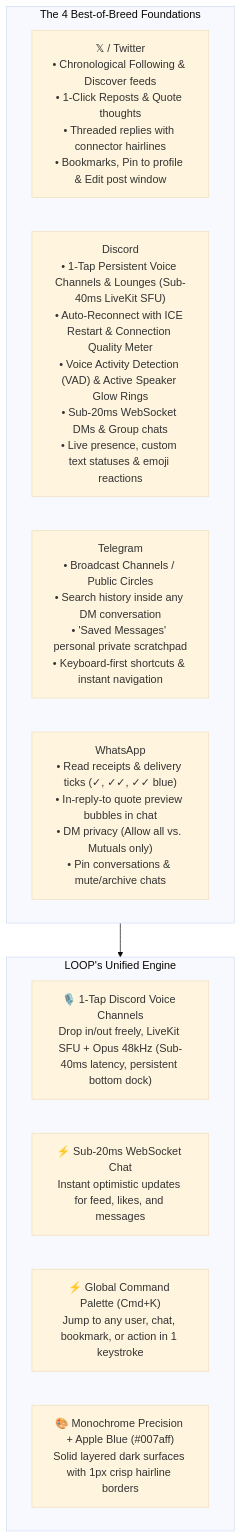
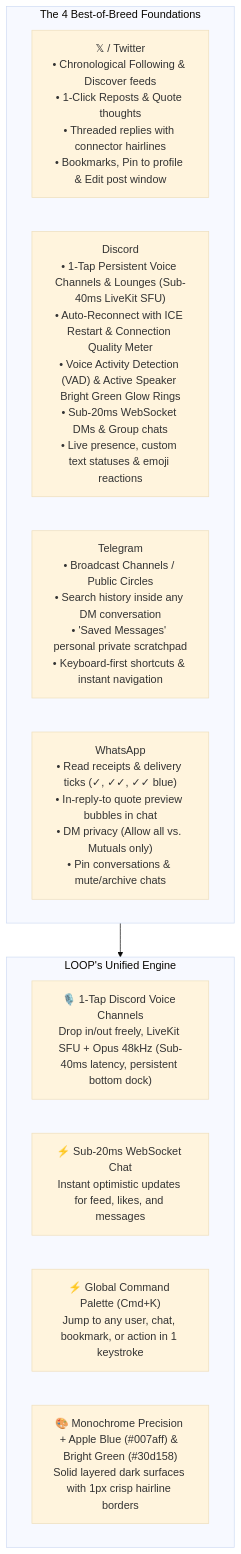
The first of 3 diagrams in plan.md (vineetkishore01/Loop), drawn with Mermaid (base theme) before and after one commit. The commit also changed other lines of this file, not shown here.

Commit message:
design: update semantic color system with Apple Blue and Bright Green

````diff
--- a/plan.md
+++ b/plan.md
@@ -9,18 +9,18 @@
 ```mermaid
 flowchart TD
     subgraph Giants ["The 4 Best-of-Breed Foundations"]
         X["𝕏 / Twitter\n• Chronological Following & Discover feeds\n• 1-Click Reposts & Quote thoughts\n• Threaded replies with connector hairlines\n• Bookmarks, Pin to profile & Edit post window"]
-        Discord["Discord\n• 1-Tap Persistent Voice Channels & Lounges (Sub-40ms LiveKit SFU)\n• Auto-Reconnect with ICE Restart & Connection Quality Meter\n• Voice Activity Detection (VAD) & Active Speaker Glow Rings\n• Sub-20ms WebSocket DMs & Group chats\n• Live presence, custom text statuses & emoji reactions"]
+        Discord["Discord\n• 1-Tap Persistent Voice Channels & Lounges (Sub-40ms LiveKit SFU)\n• Auto-Reconnect with ICE Restart & Connection Quality Meter\n• Voice Activity Detection (VAD) & Active Speaker Bright Green Glow Rings\n• Sub-20ms WebSocket DMs & Group chats\n• Live presence, custom text statuses & emoji reactions"]
         Telegram["Telegram\n• Broadcast Channels / Public Circles\n• Search history inside any DM conversation\n• 'Saved Messages' personal private scratchpad\n• Keyboard-first shortcuts & instant navigation"]
         WhatsApp["WhatsApp\n• Read receipts & delivery ticks (✓, ✓✓, ✓✓ blue)\n• In-reply-to quote preview bubbles in chat\n• DM privacy (Allow all vs. Mutuals only)\n• Pin conversations & mute/archive chats"]
     end
 
     subgraph ProductCore ["LOOP's Unified Engine"]
         Voice["🎙️ 1-Tap Discord Voice Channels\nDrop in/out freely, LiveKit SFU + Opus 48kHz (Sub-40ms latency, persistent bottom dock)"]
         Speed["⚡ Sub-20ms WebSocket Chat\nInstant optimistic updates for feed, likes, and messages"]
         Palette["⚡ Global Command Palette (Cmd+K)\nJump to any user, chat, bookmark, or action in 1 keystroke"]
-        Design["🎨 Monochrome Precision + Apple Blue (#007aff)\nSolid layered dark surfaces with 1px crisp hairline borders"]
+        Design["🎨 Monochrome Precision + Apple Blue (#007aff) & Bright Green (#30d158)\nSolid layered dark surfaces with 1px crisp hairline borders"]
     end
 
     Giants --> ProductCore
 ```
````
